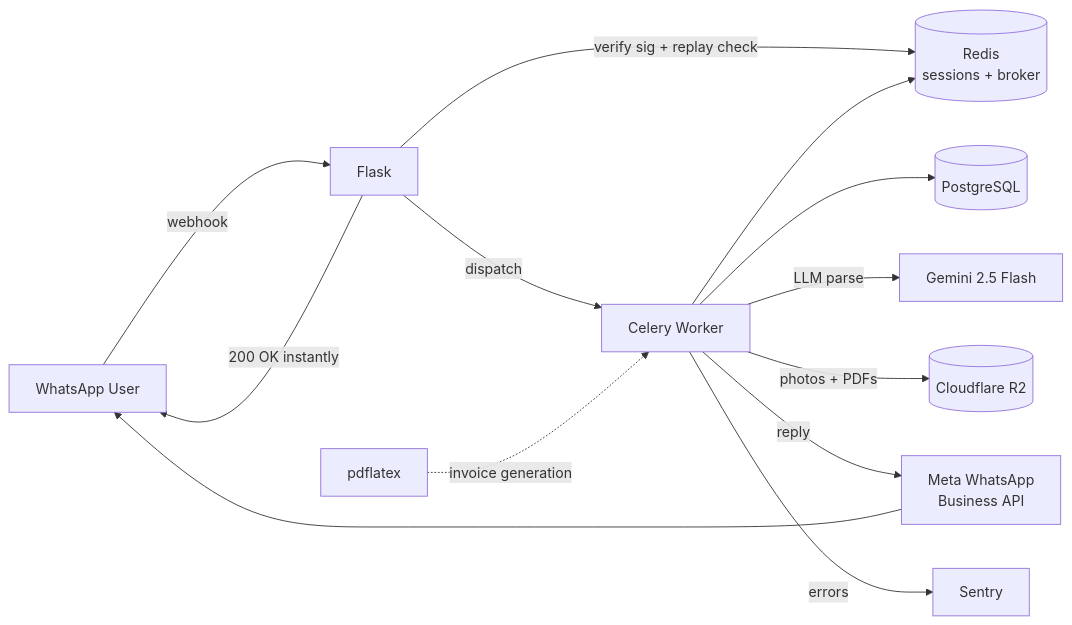
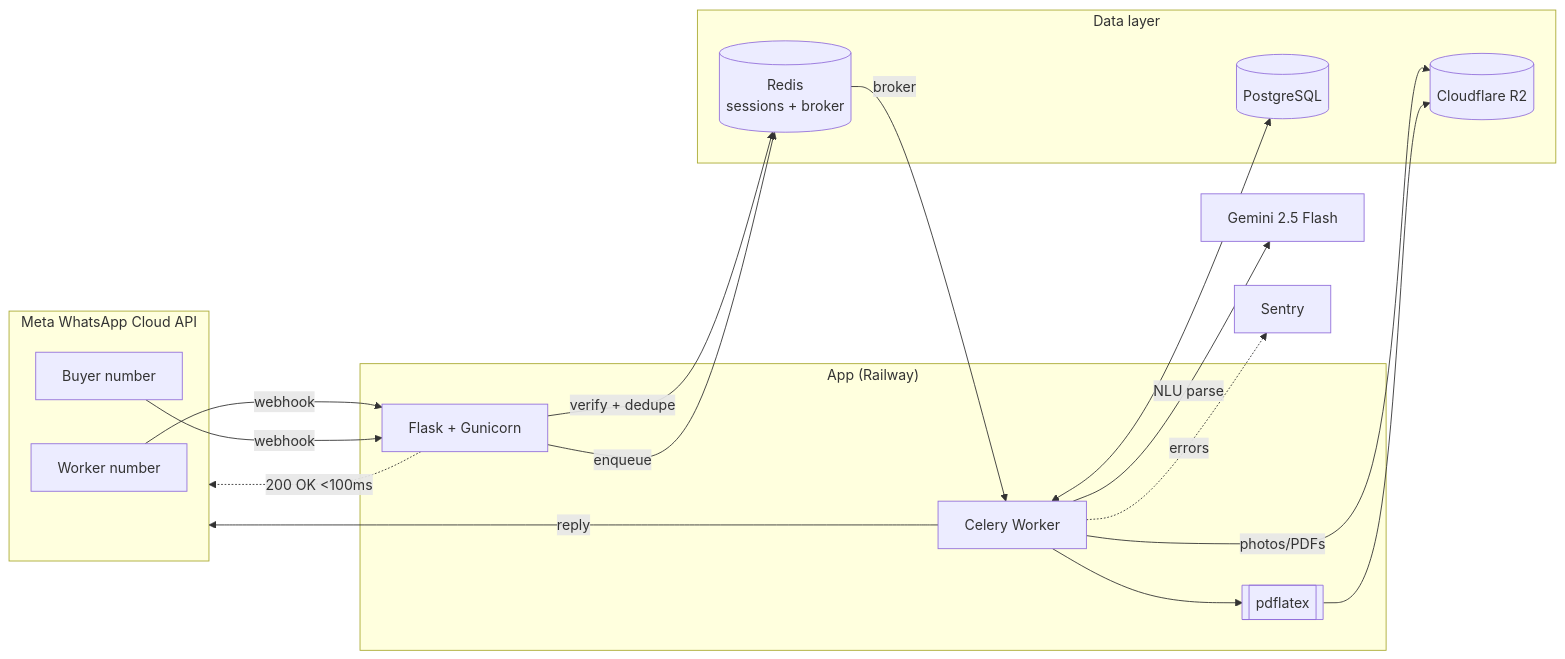
Before and after one commit to LeongZiaZiang/organic-farm-whatsapp-bot: the diagram in README.md, drawn with Mermaid.

Commit message:
Redraw architecture diagram with subgraphs and dual WABA

````diff
--- a/README.md
+++ b/README.md
@@ -24,15 +24,35 @@
 ```mermaid
 flowchart LR
-    WA[WhatsApp User] -->|webhook| Flask
-    Flask -->|verify sig + replay check| Redis[(Redis<br/>sessions + broker)]
-    Flask -->|200 OK instantly| WA
-    Flask -->|dispatch| Celery[Celery Worker]
-    Celery --> Redis
-    Celery --> PG[(PostgreSQL)]
-    Celery -->|LLM parse| Gemini[Gemini 2.5 Flash]
-    Celery -->|photos + PDFs| R2[(Cloudflare R2)]
-    Celery -->|reply| Meta[Meta WhatsApp<br/>Business API]
-    Meta --> WA
-    Celery -->|errors| Sentry
-    PDF[pdflatex] -.->|invoice generation| Celery
+    subgraph Meta["Meta WhatsApp Cloud API"]
+        WW[Worker number]
+        BW[Buyer number]
+    end
+
+    subgraph App["App (Railway)"]
+        Flask[Flask + Gunicorn]
+        Celery[Celery Worker]
+        PDF[[pdflatex]]
+    end
+
+    subgraph Data["Data layer"]
+        Redis[(Redis<br/>sessions + broker)]
+        PG[(PostgreSQL)]
+        R2[(Cloudflare R2)]
+    end
+
+    Gemini[Gemini 2.5 Flash]
+    Sentry[Sentry]
+
+    WW & BW -->|webhook| Flask
+    Flask -->|verify + dedupe| Redis
+    Flask -.->|200 OK <100ms| Meta
+    Flask -->|enqueue| Redis
+    Redis -->|broker| Celery
+    Celery <--> PG
+    Celery -->|photos/PDFs| R2
+    Celery -->|NLU parse| Gemini
+    Celery -->|reply| Meta
+    Celery --> PDF
+    PDF --> R2
+    Celery -.->|errors| Sentry
 ```
````
